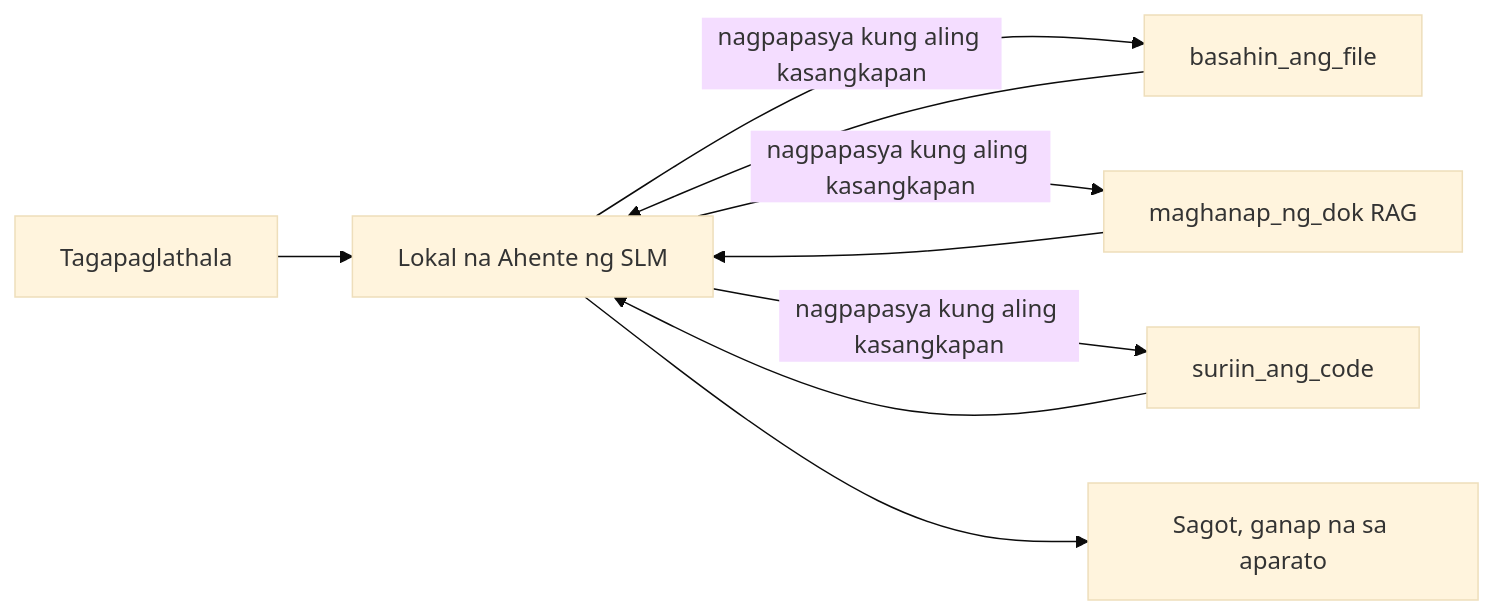
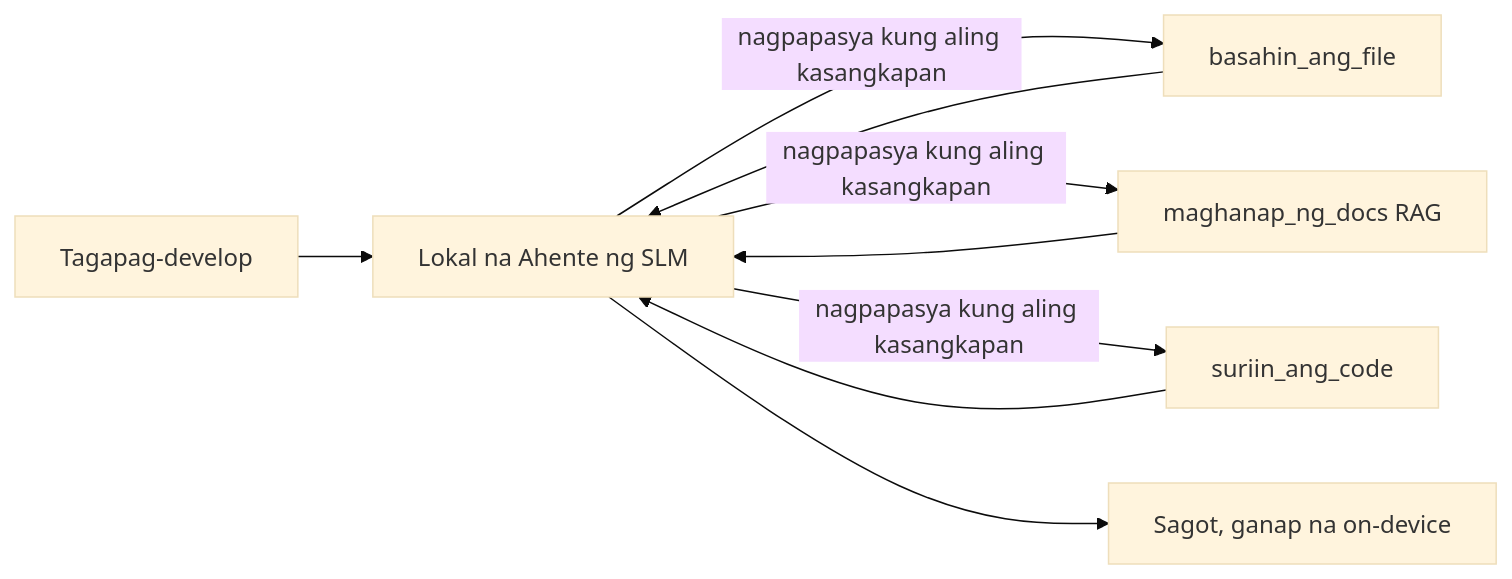
Before and after one commit to microsoft/ai-agents-for-beginners: the first of 4 diagrams in translations/tl/17-creating-local-ai-agents/README.md, drawn with Mermaid (base theme). The commit also changed other lines of this file and 46 other files, not shown here.

````diff
--- a/translations/tl/17-creating-local-ai-agents/README.md
+++ b/translations/tl/17-creating-local-ai-agents/README.md
@@ -66,11 +66,11 @@
 ```mermaid
 flowchart LR
-    U[Tagapaglathala] --> A[Lokal na Ahente ng SLM]
+    U[Tagapag-develop] --> A[Lokal na Ahente ng SLM]
     A -->|nagpapasya kung aling kasangkapan| T1[basahin_ang_file]
-    A -->|nagpapasya kung aling kasangkapan| T2[maghanap_ng_dok RAG]
+    A -->|nagpapasya kung aling kasangkapan| T2[maghanap_ng_docs RAG]
     A -->|nagpapasya kung aling kasangkapan| T3[suriin_ang_code]
     T1 --> A
     T2 --> A
     T3 --> A
-    A --> R[Sagot, ganap na sa aparato]
+    A --> R[Sagot, ganap na on-device]
 ```
````
